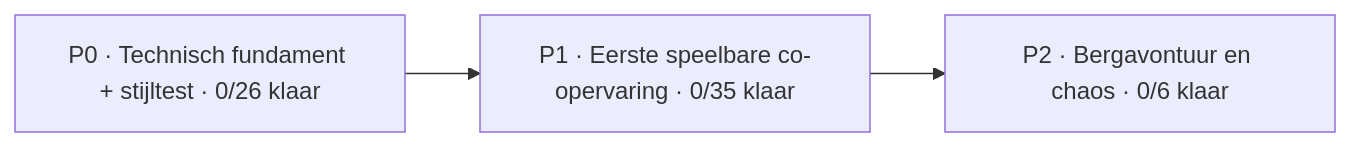
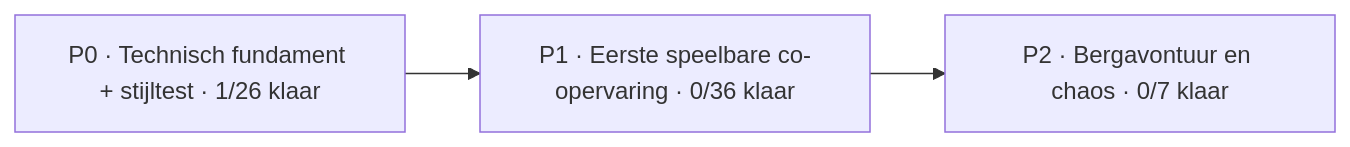
The diagram in Docs/PROJECT_BOARD.md (mlemson/conductor-chaos), drawn with Mermaid before and after one commit. The commit also changed other lines of this file, not shown here.

````diff
--- a/Docs/PROJECT_BOARD.md
+++ b/Docs/PROJECT_BOARD.md
@@ -13,7 +13,7 @@
 ```mermaid
 flowchart LR
-    P0["P0 · Technisch fundament + stijltest · 0/26 klaar"]
-    P1["P1 · Eerste speelbare co-opervaring · 0/35 klaar"]
-    P2["P2 · Bergavontuur en chaos · 0/6 klaar"]
+    P0["P0 · Technisch fundament + stijltest · 1/26 klaar"]
+    P1["P1 · Eerste speelbare co-opervaring · 0/36 klaar"]
+    P2["P2 · Bergavontuur en chaos · 0/7 klaar"]
     P0 --> P1 --> P2
 ```
````
